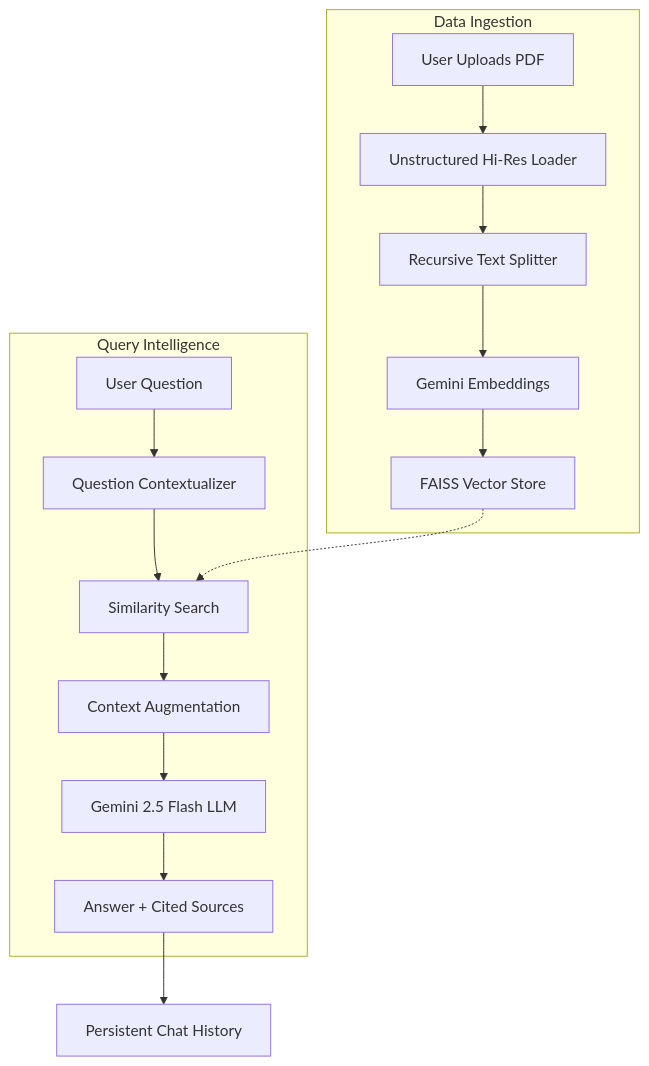
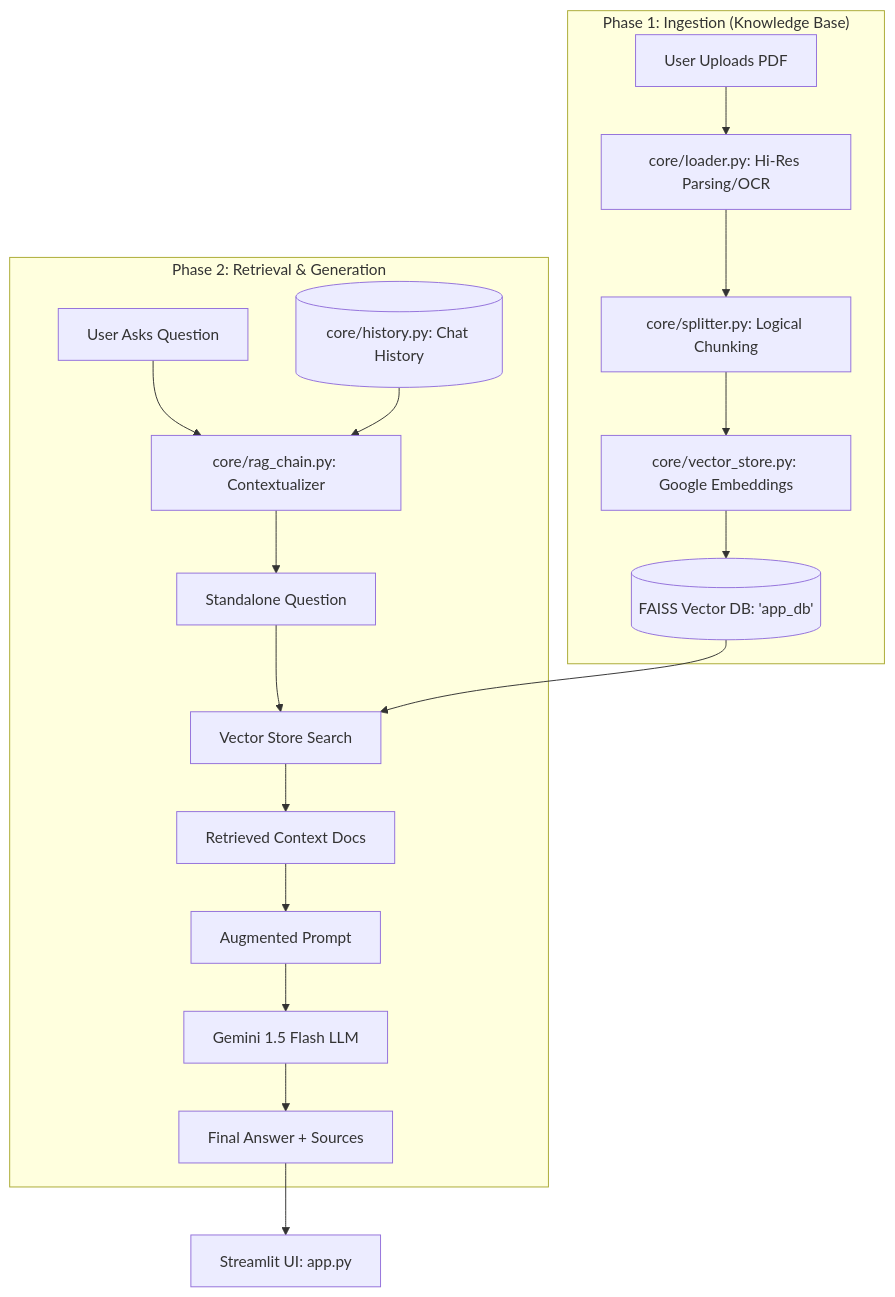
Before and after one commit to KalpShah1384/rag_streamlit_app: the diagram in README.md, drawn with Mermaid. The commit also changed other lines of this file, not shown here.

````diff
--- a/README.md
+++ b/README.md
@@ -24,20 +11,23 @@
 ```mermaid
 graph TD
-    subgraph "Data Ingestion"
-        A[User Uploads PDF] --> B[Unstructured Hi-Res Loader]
-        B --> C[Recursive Text Splitter]
-        C --> D[Gemini Embeddings]
-        D --> E[FAISS Vector Store]
+    subgraph "Phase 1: Ingestion (Knowledge Base)"
+        A[User Uploads PDF] --> B[core/loader.py: Hi-Res Parsing/OCR]
+        B --> C[core/splitter.py: Logical Chunking]
+        C --> D[core/vector_store.py: Google Embeddings]
+        D --> E[(FAISS Vector DB: 'app_db')]
     end
 
-    subgraph "Query Intelligence"
-        F[User Question] --> G[Question Contextualizer]
-        G --> H[Similarity Search]
-        H --> I[Context Augmentation]
-        I --> J[Gemini 2.5 Flash LLM]
-        J --> K[Answer + Cited Sources]
+    subgraph "Phase 2: Retrieval & Generation"
+        F[User Asks Question] --> G[core/rag_chain.py: Contextualizer]
+        H[(core/history.py: Chat History)] --> G
+        G --> I[Standalone Question]
+        I --> J[Vector Store Search]
+        E --> J
+        J --> K[Retrieved Context Docs]
+        K --> L[Augmented Prompt]
+        L --> M[Gemini 1.5 Flash LLM]
+        M --> N[Final Answer + Sources]
     end
 
-    E -.-> H
-    K --> L[Persistent Chat History]
+    N --> O[Streamlit UI: app.py]
 ```
````
